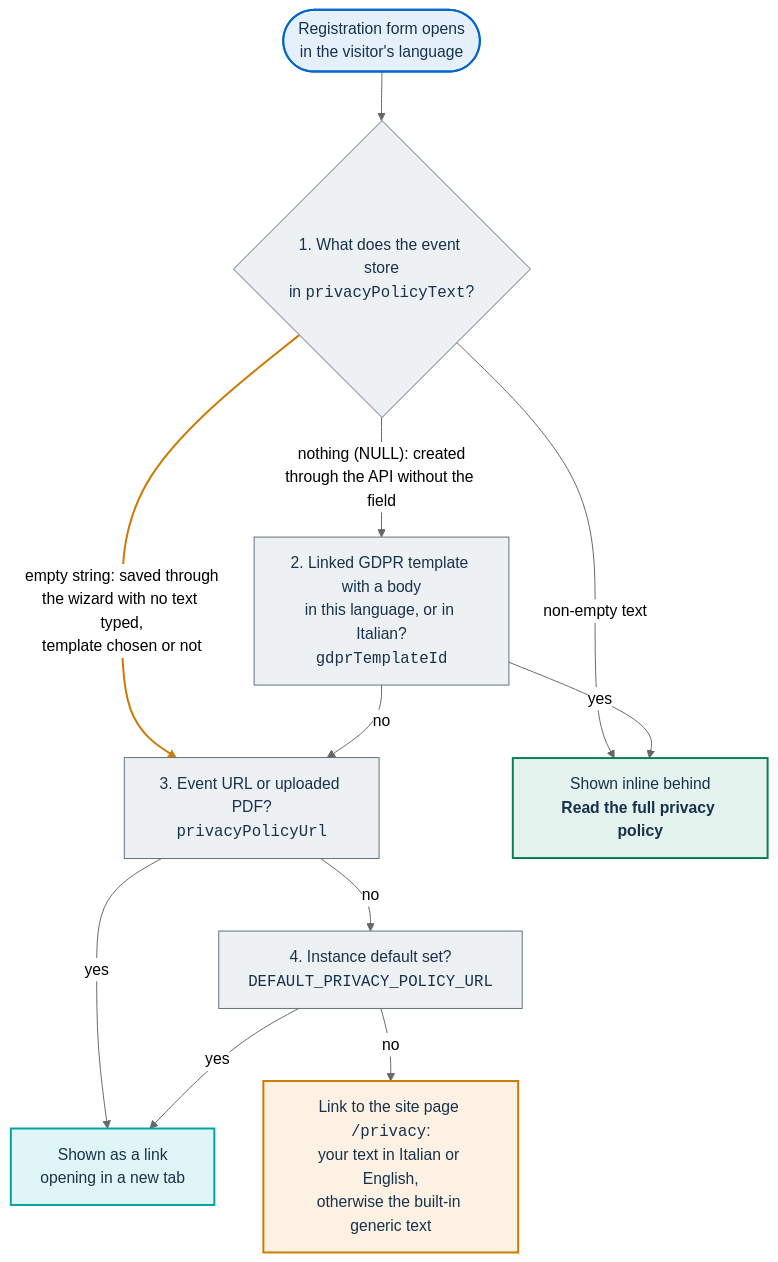
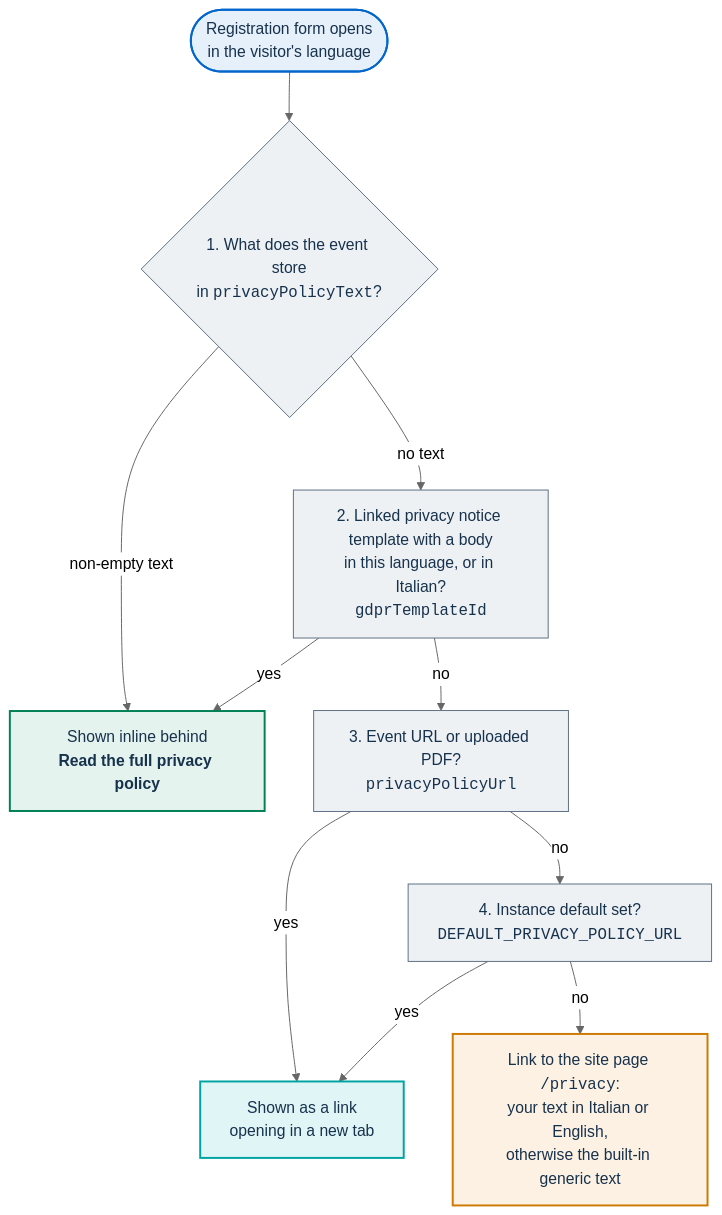
One commit to italia/pa-webinar changed the first of 2 diagrams in docs/privacy/privacy-notice-checklist.md. Above: the diagram before and after it, drawn with Mermaid (neutral theme). The commit also changed other lines of this file and 90 other files, not shown here.

````diff
--- a/docs/privacy/privacy-notice-checklist.md
+++ b/docs/privacy/privacy-notice-checklist.md
@@ -64,31 +63,28 @@
 ```mermaid
 flowchart TD
   classDef start fill:#E6F0FA,stroke:#0066CC,stroke-width:2px,color:#17324D
   classDef check fill:#EEF1F4,stroke:#5C6F82,stroke-width:1px,color:#17324D
   classDef inline fill:#E5F3EE,stroke:#008055,stroke-width:2px,color:#17324D
   classDef link fill:#E0F5F5,stroke:#00A3A3,stroke-width:2px,color:#17324D
   classDef risk fill:#FDF1E3,stroke:#CC7A00,stroke-width:2px,color:#17324D
 
   START(["Registration form opens<br/>in the visitor's language"]):::start
   T1{"1. What does the event store<br/>in <code>privacyPolicyText</code>?"}:::check
-  T2["2. Linked GDPR template with a body<br/>in this language, or in Italian?<br/><code>gdprTemplateId</code>"]:::check
+  T2["2. Linked privacy notice template with a body<br/>in this language, or in Italian?<br/><code>gdprTemplateId</code>"]:::check
   U1["3. Event URL or uploaded PDF?<br/><code>privacyPolicyUrl</code>"]:::check
   U2["4. Instance default set?<br/><code>DEFAULT_PRIVACY_POLICY_URL</code>"]:::check
 
   IN1["Shown inline behind<br/><b>Read the full privacy policy</b>"]:::inline
   L1["Shown as a link<br/>opening in a new tab"]:::link
   L3["Link to the site page <code>/privacy</code>:<br/>your text in Italian or English,<br/>otherwise the built-in generic text"]:::risk
 
   START --> T1
   T1 -- "non-empty text" --> IN1
-  T1 -- "empty string: saved through<br/>the wizard with no text typed,<br/>template chosen or not" --> U1
-  T1 -- "nothing (NULL): created<br/>through the API without the field" --> T2
+  T1 -- "no text" --> T2
   T2 -- "yes" --> IN1
   T2 -- "no" --> U1
   U1 -- "yes" --> L1
   U1 -- "no" --> U2
   U2 -- "yes" --> L1
   U2 -- "no" --> L3
-
-  linkStyle 2 stroke:#CC7A00,stroke-width:2px
 ```
````
